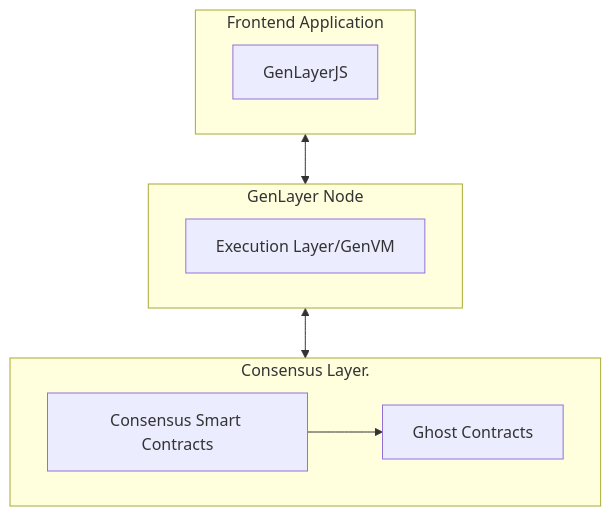
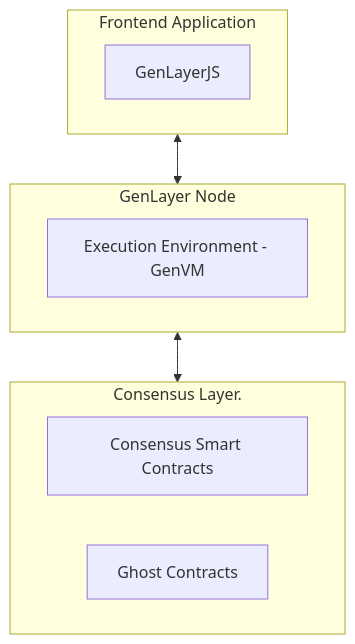
Before and after one commit to genlayerlabs/genlayer-docs: the diagram in pages/developers/decentralized-applications/architecture-overview.mdx, drawn with Mermaid. The commit also changed 9 other files, not shown here.

````diff
--- a/pages/developers/decentralized-applications/architecture-overview.mdx
+++ b/pages/developers/decentralized-applications/architecture-overview.mdx
@@ -27,16 +27,15 @@
 ```mermaid
 flowchart TD
  subgraph s1["Frontend Application"]
         n1["GenLayerJS"]
   end
  subgraph s2["Consensus Layer."]
         n2["Consensus Smart Contracts"]
         n3["Ghost Contracts"]
   end
  subgraph s3["GenLayer Node"]
-        n4["Execution Layer/GenVM"]
+        n4["Execution Environment - GenVM"]
   end
-    n2 --> n3
     s1 <--> s3
     s3 <--> s2
 ```
````
